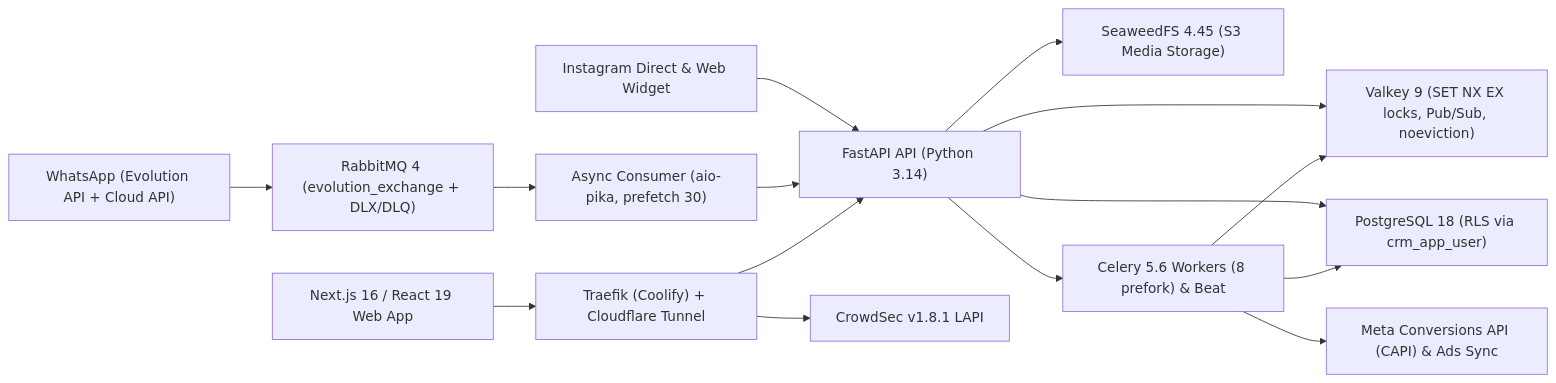
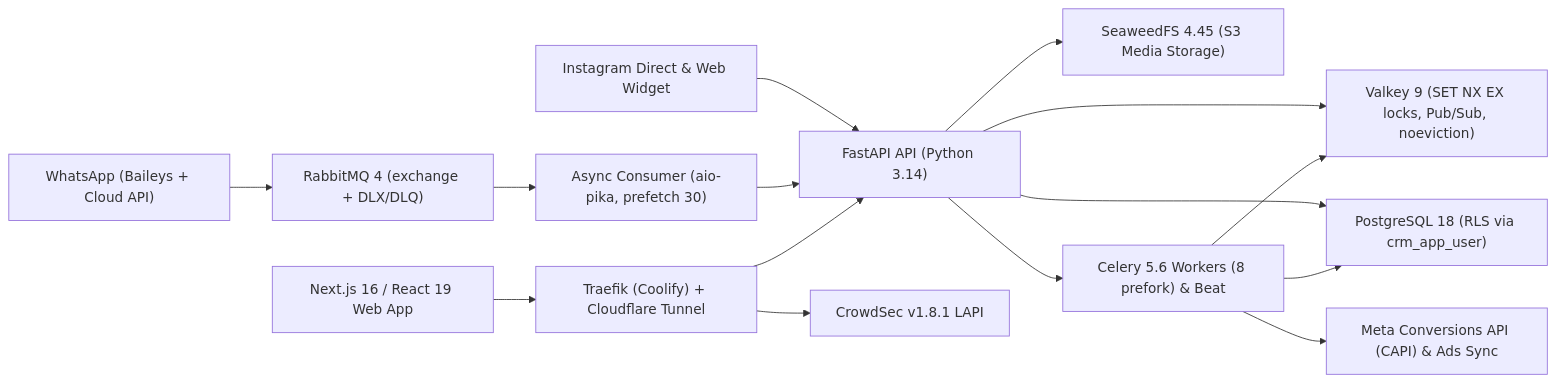
One commit to antonyandrade01/skorp-crm changed the diagram in README.md. Above: the diagram before and after it, drawn with Mermaid. The commit also changed other lines of this file, not shown here.

````diff
--- a/README.md
+++ b/README.md
@@ -15,17 +15,17 @@
 ```mermaid
 flowchart LR
-    WA["WhatsApp (Evolution API + Cloud API)"] --> RMQ["RabbitMQ 4 (evolution_exchange + DLX/DLQ)"]
+    WA["WhatsApp (Baileys + Cloud API)"] --> RMQ["RabbitMQ 4 (exchange + DLX/DLQ)"]
     IG["Instagram Direct & Web Widget"] --> API["FastAPI API (Python 3.14)"]
     RMQ --> CONS["Async Consumer (aio-pika, prefetch 30)"]
     CONS --> API
     API --> VK["Valkey 9 (SET NX EX locks, Pub/Sub, noeviction)"]
     API --> PG["PostgreSQL 18 (RLS via crm_app_user)"]
     API --> S3["SeaweedFS 4.45 (S3 Media Storage)"]
     API --> CEL["Celery 5.6 Workers (8 prefork) & Beat"]
     CEL --> PG
     CEL --> VK
     CEL --> CAPI["Meta Conversions API (CAPI) & Ads Sync"]
     WEB["Next.js 16 / React 19 Web App"] --> TR["Traefik (Coolify) + Cloudflare Tunnel"]
     TR --> API
     TR --> CS["CrowdSec v1.8.1 LAPI"]
 ```
````
